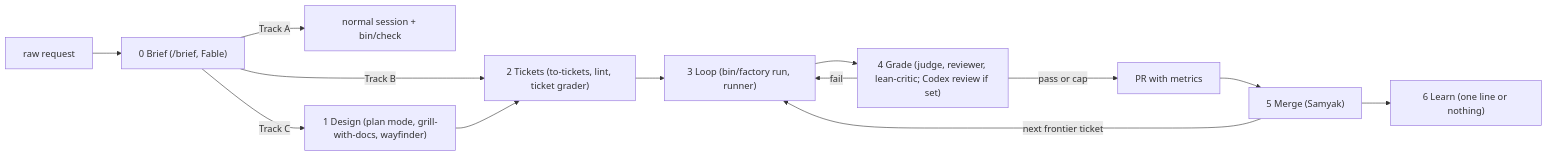
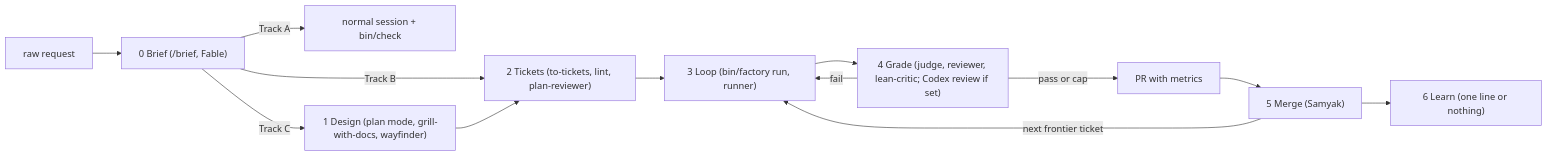
One commit to SamyakJhaveri/loam changed the diagram in docs/factory/ARCHITECTURE.md. Above: the diagram before and after it, drawn with Mermaid. The commit also changed other lines of this file and 3 other files, not shown here.

First line of the commit message:
docs(factory): bring LOOP/ARCHITECTURE/CONTRACT/ROADMAP in line with #38

````diff
--- a/docs/factory/ARCHITECTURE.md
+++ b/docs/factory/ARCHITECTURE.md
@@ -21,15 +21,15 @@
 ```mermaid
 flowchart LR
   R[raw request] --> B["0 Brief (/brief, Fable)"]
   B -->|Track A| S[normal session + bin/check]
   B -->|Track B| T2
   B -->|Track C| D["1 Design (plan mode, grill-with-docs, wayfinder)"]
-  D --> T2["2 Tickets (to-tickets, lint, ticket grader)"]
+  D --> T2["2 Tickets (to-tickets, lint, plan-reviewer)"]
   T2 --> L["3 Loop (bin/factory run, runner)"]
   L --> G["4 Grade (judge, reviewer, lean-critic; Codex review if set)"]
   G -->|fail| L
   G -->|pass or cap| PR[PR with metrics]
   PR --> M["5 Merge (Samyak)"]
   M --> LE["6 Learn (one line or nothing)"]
   M -->|next frontier ticket| L
 ```
````
